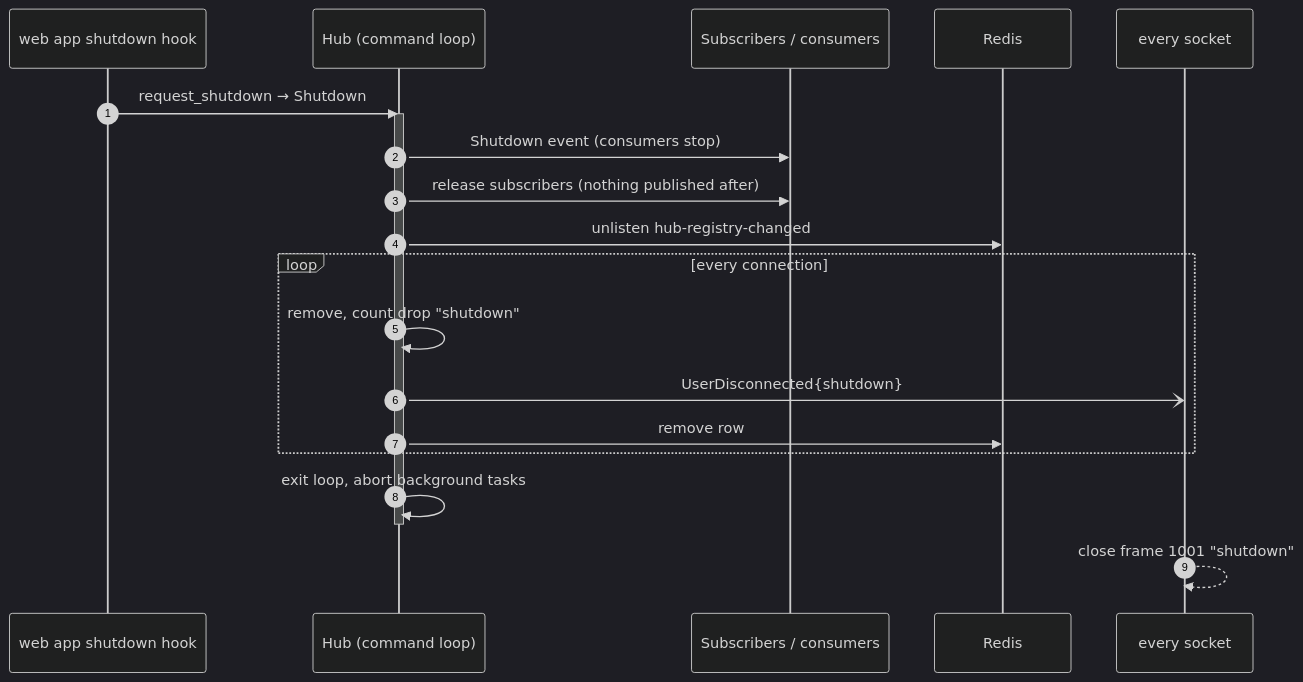
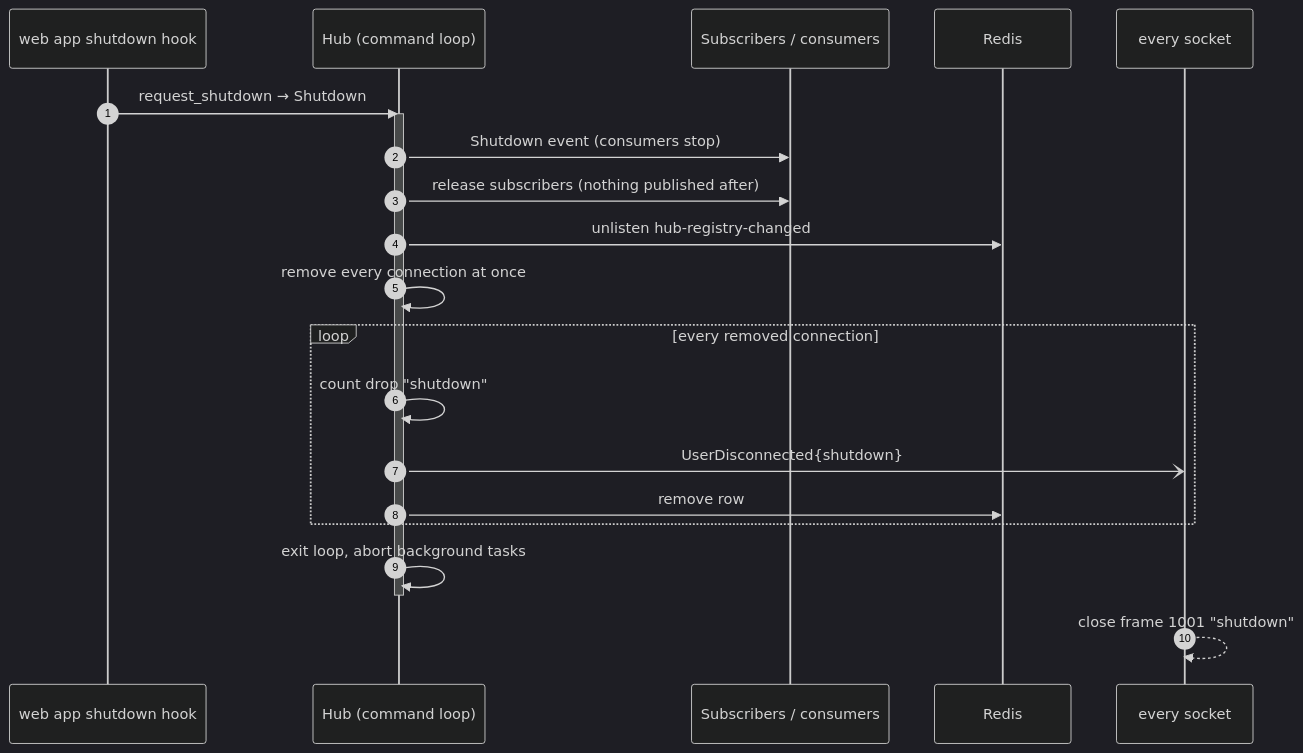
The eighth of 12 diagrams in docs/services/builder/hub.md (gzp79/shine-services), drawn with Mermaid (dark theme) before and after one commit. The commit also changed other lines of this file and 3 other files, not shown here.

````diff
--- a/docs/services/builder/hub.md
+++ b/docs/services/builder/hub.md
@@ -264,23 +265,24 @@
 ```mermaid
 sequenceDiagram
     autonumber
     participant App as web app shutdown hook
     participant H as Hub (command loop)
     participant S as Subscribers / consumers
     participant R as Redis
     participant WS as every socket
 
     App->>H: request_shutdown → Shutdown
     activate H
     H->>S: Shutdown event (consumers stop)
     H->>S: release subscribers (nothing published after)
     H->>R: unlisten hub-registry-changed
-    loop every connection
-        H->>H: remove, count drop "shutdown"
+    H->>H: remove every connection at once
+    loop every removed connection
+        H->>H: count drop "shutdown"
         H-)WS: UserDisconnected{shutdown}
         H->>R: remove row
     end
     H->>H: exit loop, abort background tasks
     deactivate H
     WS-->>WS: close frame 1001 "shutdown"
 ```
````
